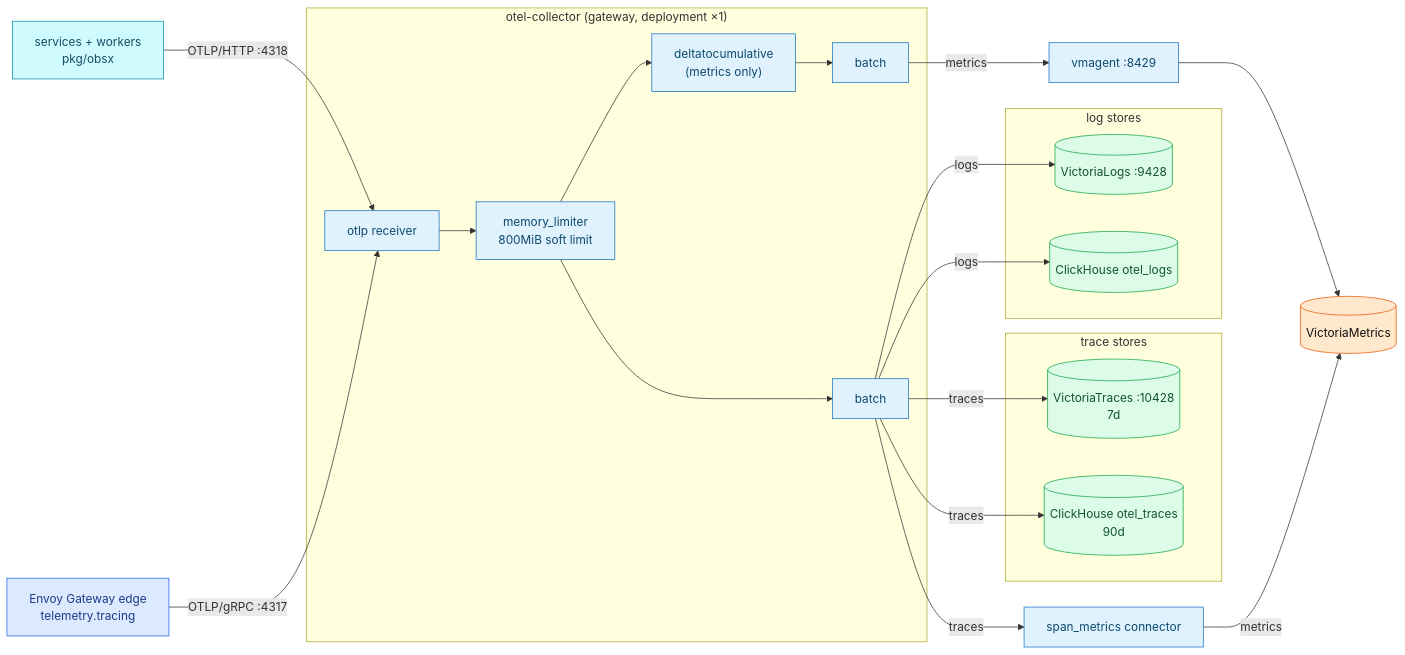
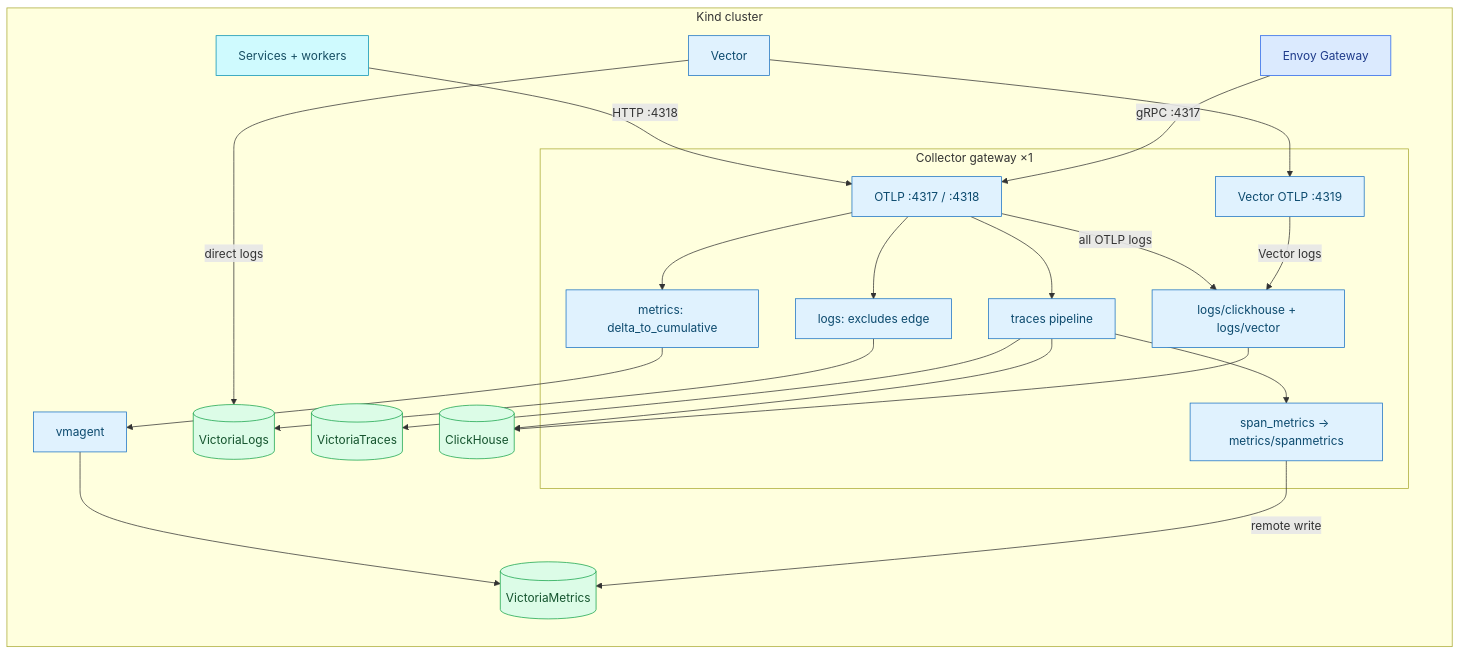
The diagram in docs/observability/opentelemetry/collector.md (duynhlab/homelab), drawn with Mermaid before and after one commit. The commit also changed other lines of this file and 23 other files, not shown here.

````diff
--- a/docs/observability/opentelemetry/collector.md
+++ b/docs/observability/opentelemetry/collector.md
@@ -55,41 +57,43 @@
 ```mermaid
 flowchart LR
-    APPS["services + workers<br/>pkg/obsx"] -->|"OTLP/HTTP :4318"| RCV
-    EDGE["Envoy Gateway edge<br/>telemetry.tracing"] -->|"OTLP/gRPC :4317"| RCV
-
-    subgraph COLLECTOR["otel-collector (gateway, deployment ×1)"]
-        RCV["otlp receiver"] --> ML["memory_limiter<br/>800MiB soft limit"]
-        ML --> D2C["deltatocumulative<br/>(metrics only)"] --> BM["batch"]
-        ML --> BT["batch"]
+    subgraph Cluster["Kind cluster"]
+        APPS["Services + workers"]
+        EDGE["Envoy Gateway"]
+        VECTOR["Vector"]
+        subgraph COL["Collector gateway ×1"]
+            OTLP["OTLP :4317 / :4318"]
+            VR["Vector OTLP :4319"]
+            T["traces pipeline"]
+            L["logs: excludes edge"]
+            LC["logs/clickhouse + logs/vector"]
+            M["metrics: delta_to_cumulative"]
+            SM["span_metrics → metrics/spanmetrics"]
+            OTLP --> T & L & M
+            OTLP -->|"all OTLP logs"| LC
+            VR -->|"Vector logs"| LC
+            T --> SM
+        end
+        VMA["vmagent"]
+        VM[("VictoriaMetrics")]
+        VL[("VictoriaLogs")]
+        VT[("VictoriaTraces")]
+        CH[("ClickHouse")]
+        APPS -->|"HTTP :4318"| OTLP
+        EDGE -->|"gRPC :4317"| OTLP
+        VECTOR --> VR
+        VECTOR -->|"direct logs"| VL
+        T --> VT & CH
+        L --> VL
+        LC --> CH
+        M --> VMA --> VM
+        SM -->|"remote write"| VM
     end
-
-    BM -->|"metrics"| VMA["vmagent :8429"] --> VM[("VictoriaMetrics")]
-
-    subgraph LOGSTORES["log stores"]
-        VL[("VictoriaLogs :9428")]
-        CHL[("ClickHouse otel_logs")]
-    end
-    subgraph TRACESTORES["trace stores"]
-        VT[("VictoriaTraces :10428<br/>7d")]
-        CHT[("ClickHouse otel_traces<br/>90d")]
-    end
-    SM["span_metrics connector"]
-
-    BT -->|"logs"| VL
-    BT -->|"logs"| CHL
-    BT -->|"traces"| VT
-    BT -->|"traces"| CHT
-    BT -->|"traces"| SM
-    SM -->|"metrics"| VM
-
     classDef service fill:#cffafe,color:#164e63,stroke:#0891b2;
     classDef edge fill:#dbeafe,color:#1e3a8a,stroke:#2563eb;
     classDef collector fill:#e0f2fe,color:#0c4a6e,stroke:#1971c2;
-    classDef metric fill:#ffe8cc,color:#111,stroke:#e8590c;
     classDef data fill:#dcfce7,color:#14532d,stroke:#16a34a;
     class APPS service;
     class EDGE edge;
-    class RCV,ML,D2C,BM,BT,VMA,SM collector;
-    class VM metric;
-    class VL,CHL,VT,CHT data;
+    class VECTOR,OTLP,VR,T,L,LC,M,SM,VMA collector;
+    class VM,VL,VT,CH data;
 ```
````
